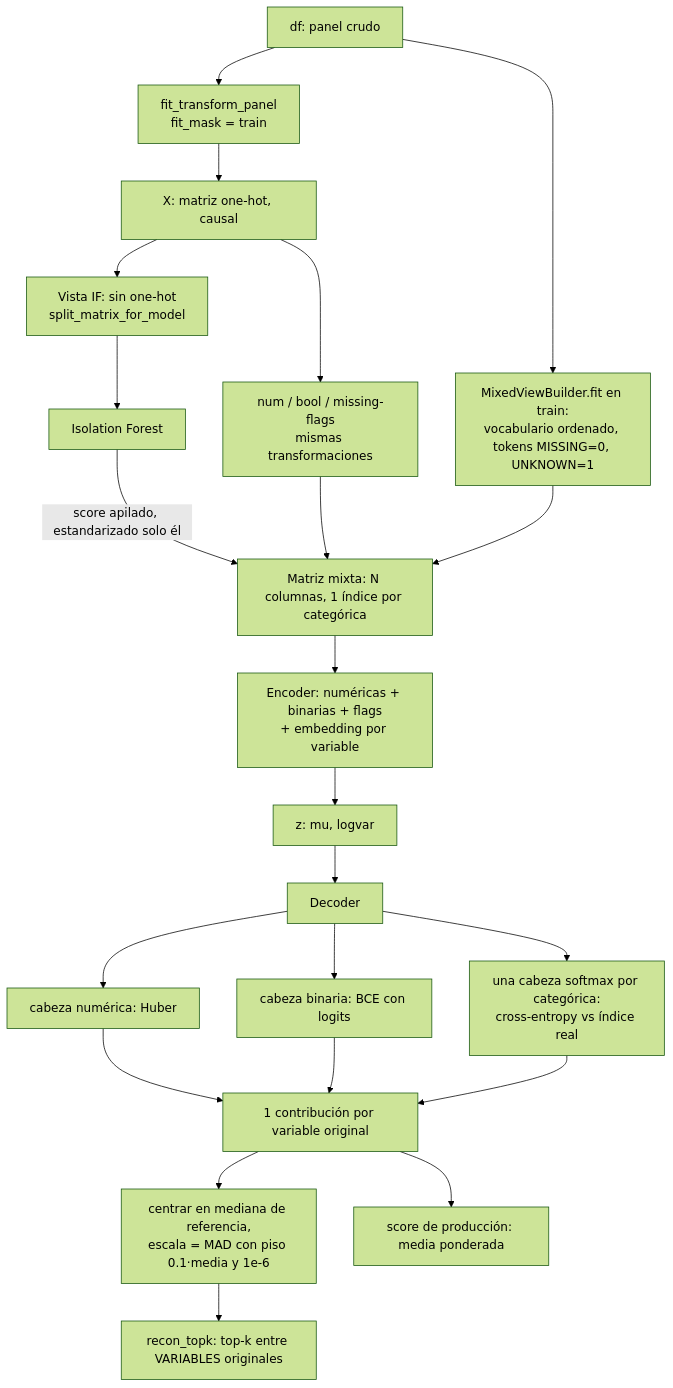
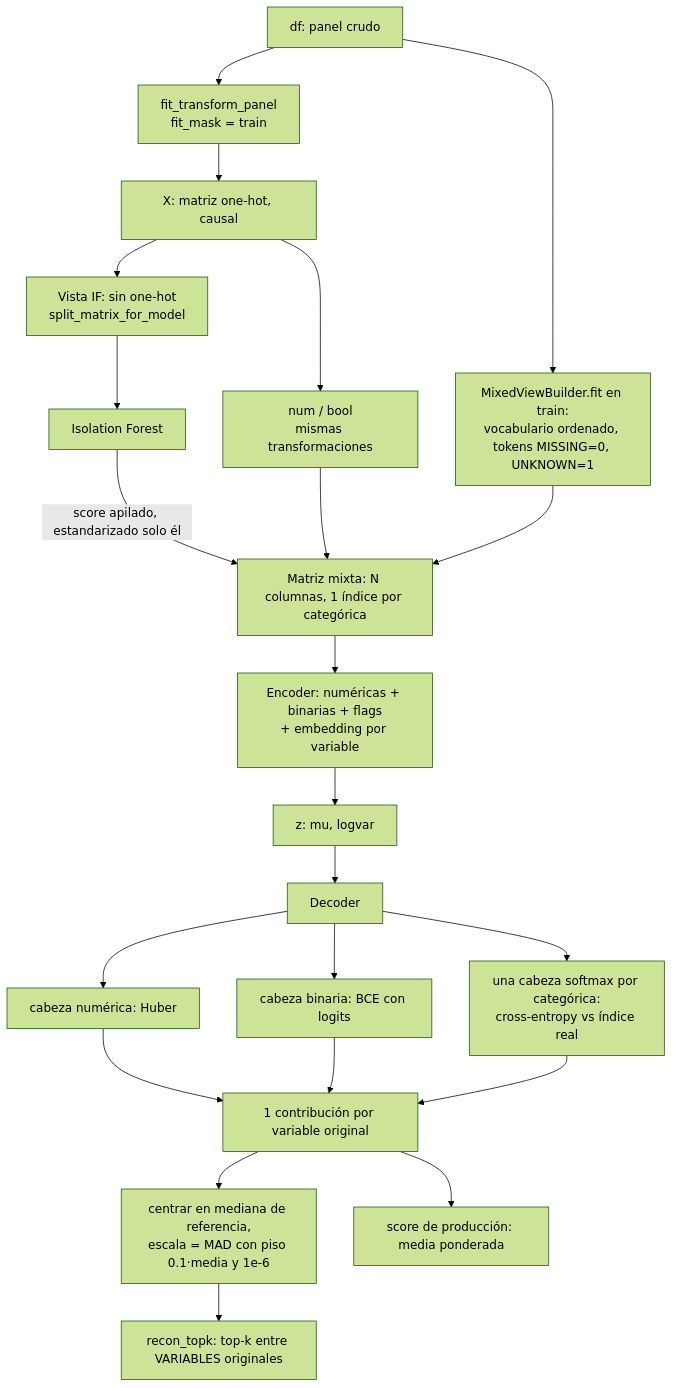
One commit to Mirloct/MV_v1 changed the diagram in docs/models_vae.md. Above: the diagram before and after it, drawn with Mermaid (forest theme). The commit also changed other lines of this file and 13 other files, not shown here.

````diff
--- a/docs/models_vae.md
+++ b/docs/models_vae.md
@@ -319,24 +317,24 @@
 ```mermaid
 flowchart TD
     D[df: panel crudo] --> P[fit_transform_panel<br/>fit_mask = train]
     P --> X[X: matriz one-hot, causal]
     X --> IFV[Vista IF: sin one-hot<br/>split_matrix_for_model]
     IFV --> IF[Isolation Forest]
-    X --> NB[num / bool / missing-flags<br/>mismas transformaciones]
+    X --> NB[num / bool<br/>mismas transformaciones]
     D --> CB[MixedViewBuilder.fit en train:<br/>vocabulario ordenado, tokens MISSING=0, UNKNOWN=1]
     NB --> M[Matriz mixta: N columnas, 1 índice por categórica]
     CB --> M
     IF -->|score apilado, estandarizado solo él| M
     M --> ENC[Encoder: numéricas + binarias + flags<br/>+ embedding por variable]
     ENC --> Z[z: mu, logvar]
     Z --> DEC[Decoder]
     DEC --> HN[cabeza numérica: Huber]
     DEC --> HB[cabeza binaria: BCE con logits]
     DEC --> HC[una cabeza softmax por categórica:<br/>cross-entropy vs índice real]
     HN --> C[1 contribución por variable original]
     HB --> C
     HC --> C
     C --> N[centrar en mediana de referencia,<br/>escala = MAD con piso 0.1·media y 1e-6]
     N --> R[recon_topk: top-k entre VARIABLES originales]
     C --> S[score de producción: media ponderada]
 ```
````
